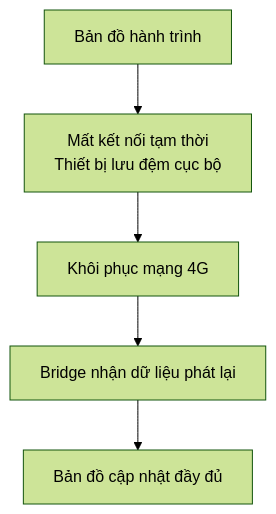
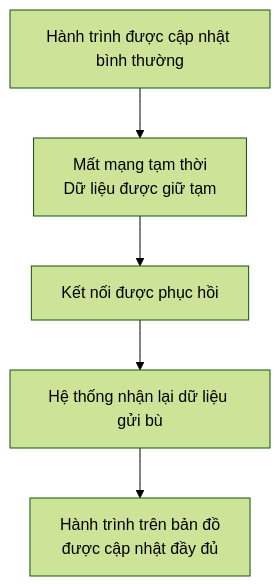
One commit to anmh1205/IoT_Vehicle_Tracking_System changed the diagram in resources/reports/thesis/final/assets/uml/10-chuong-4-ket-qua-do-luong-hinh-4-37.mmd. Above: the diagram before and after it, drawn with Mermaid (forest theme). The commit also changed 337 other files, not shown here.

```diff
--- a/resources/reports/thesis/final/assets/uml/10-chuong-4-ket-qua-do-luong-hinh-4-37.mmd
+++ b/resources/reports/thesis/final/assets/uml/10-chuong-4-ket-qua-do-luong-hinh-4-37.mmd
@@ -1,8 +1,8 @@
 flowchart TB
-    Before["Bản đồ hành trình"]
-    Outage["Mất kết nối tạm thời<br/>Thiết bị lưu đệm cục bộ"]
-    Recover["Khôi phục mạng 4G"]
-    Replay["Bridge nhận dữ liệu phát lại"]
-    Sync["Bản đồ cập nhật đầy đủ"]
+    Before["Hành trình được cập nhật bình thường"]
+    Outage["Mất mạng tạm thời<br/>Dữ liệu được giữ tạm"]
+    Recover["Kết nối được phục hồi"]
+    Replay["Hệ thống nhận lại dữ liệu gửi bù"]
+    Sync["Hành trình trên bản đồ<br/>được cập nhật đầy đủ"]
 
     Before --> Outage --> Recover --> Replay --> Sync
```
